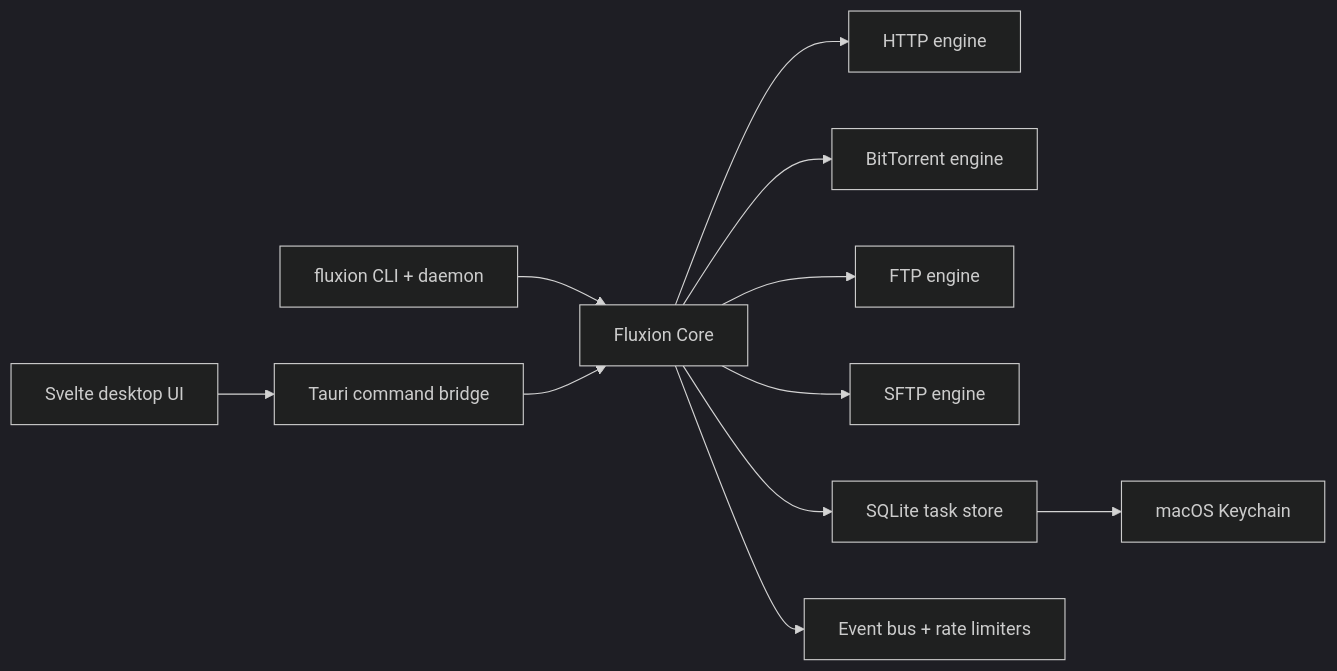
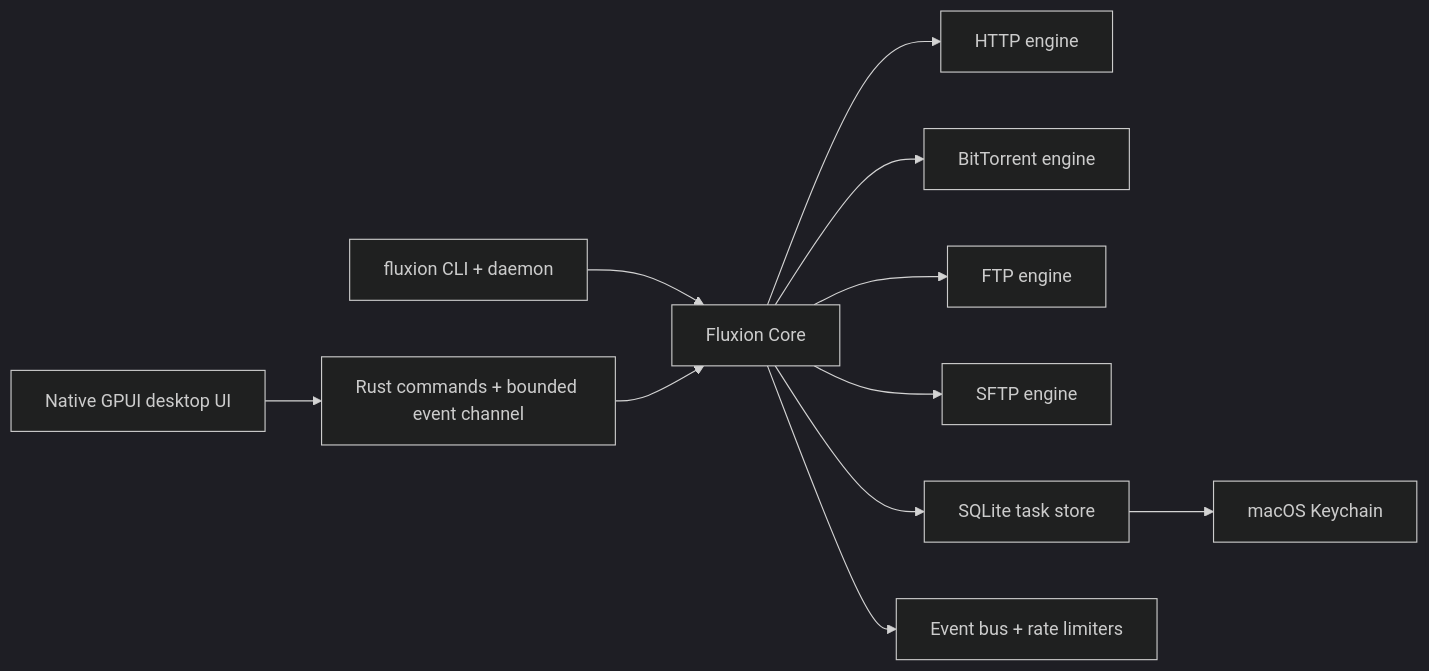
Before and after one commit to backrunner/fluxion: the diagram in README.md, drawn with Mermaid (dark theme). The commit also changed other lines of this file and 197 other files, not shown here.

Commit message:
feat(desktop): replace Svelte and Tauri with native GPUI

````diff
--- a/README.md
+++ b/README.md
@@ -47,13 +48,13 @@
 ```mermaid
 flowchart LR
-    App["Svelte desktop UI"] --> Bridge["Tauri command bridge"]
+    App["Native GPUI desktop UI"] --> Bridge["Rust commands + bounded event channel"]
     CLI["fluxion CLI + daemon"] --> Core["Fluxion Core"]
     Bridge --> Core
     Core --> HTTP["HTTP engine"]
     Core --> BT["BitTorrent engine"]
     Core --> FTP["FTP engine"]
     Core --> SFTP["SFTP engine"]
     Core --> Storage["SQLite task store"]
     Storage --> Keychain["macOS Keychain"]
     Core --> Events["Event bus + rate limiters"]
 ```
````
